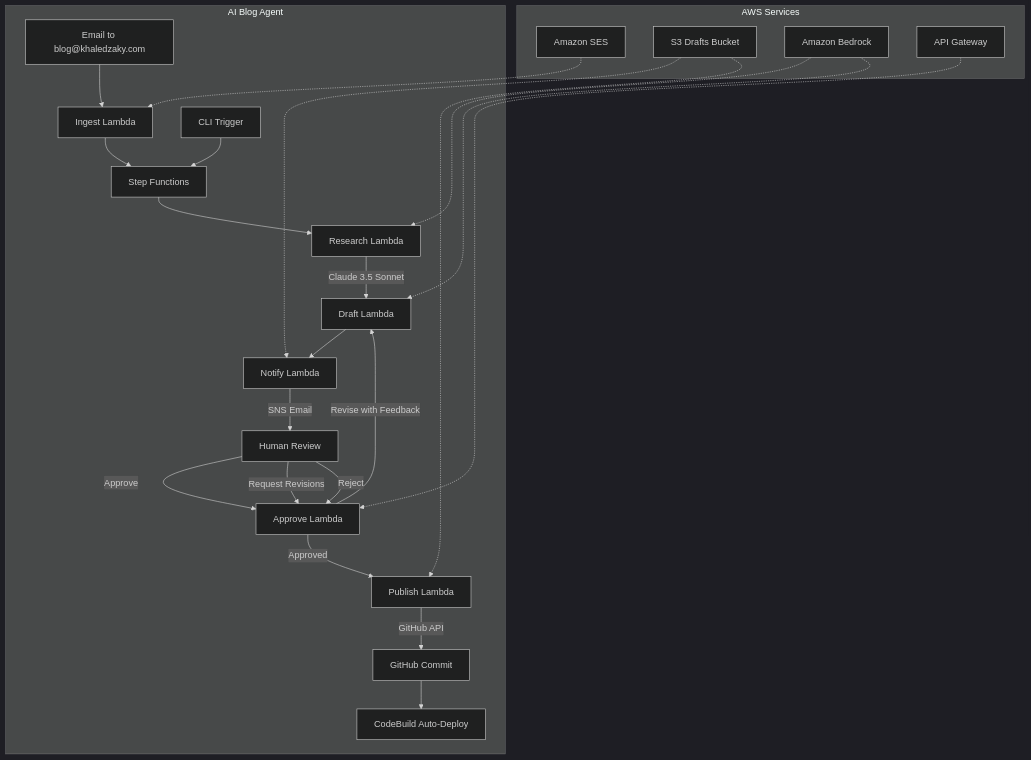
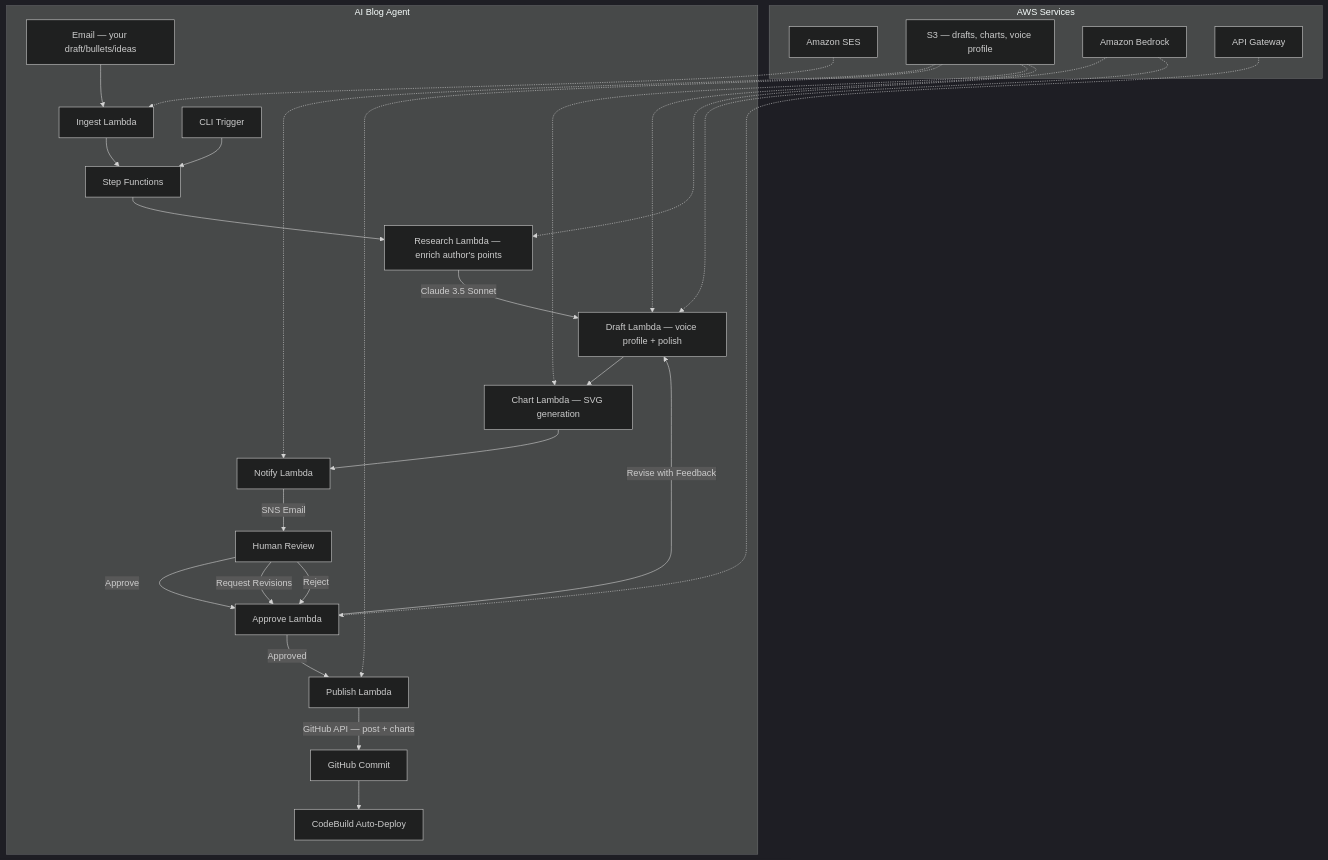
The second of 4 diagrams in README.md (kzaky/khaledzaky.com), drawn with Mermaid (dark theme) before and after one commit. The commit also changed other lines of this file and 2 other files, not shown here.

Commit message:
Update all docs: agent README, main README, About page — reflect new voice profile, chart generation, 7-Lambda architecture

````diff
--- a/README.md
+++ b/README.md
@@ -37,28 +37,31 @@
 ```mermaid
 graph TD
     subgraph "AI Blog Agent"
-        EM[Email to blog@khaledzaky.com] --> IG[Ingest Lambda]
+        EM[Email — your draft/bullets/ideas] --> IG[Ingest Lambda]
         CLI[CLI Trigger] --> SF
         IG --> SF[Step Functions]
-        SF --> R[Research Lambda]
-        R -->|Claude 3.5 Sonnet| D[Draft Lambda]
-        D --> N[Notify Lambda]
+        SF --> R[Research Lambda — enrich author's points]
+        R -->|Claude 3.5 Sonnet| D[Draft Lambda — voice profile + polish]
+        D --> CH[Chart Lambda — SVG generation]
+        CH --> N[Notify Lambda]
         N -->|SNS Email| U[Human Review]
         U -->|Approve| AP[Approve Lambda]
         U -->|Request Revisions| AP
         U -->|Reject| AP
         AP -->|Approved| P[Publish Lambda]
         AP -->|Revise with Feedback| D
-        P -->|GitHub API| GH[GitHub Commit]
+        P -->|GitHub API — post + charts| GH[GitHub Commit]
         GH --> CB[CodeBuild Auto-Deploy]
     end
 
     subgraph "AWS Services"
         SES[Amazon SES] -.-> IG
-        S3[S3 Drafts Bucket] -.-> N
+        S3[S3 — drafts, charts, voice profile] -.-> N
         S3 -.-> P
+        S3 -.-> CH
+        S3 -.-> D
         BK[Amazon Bedrock] -.-> R
         BK -.-> D
         AG[API Gateway] -.-> AP
     end
 ```
````
